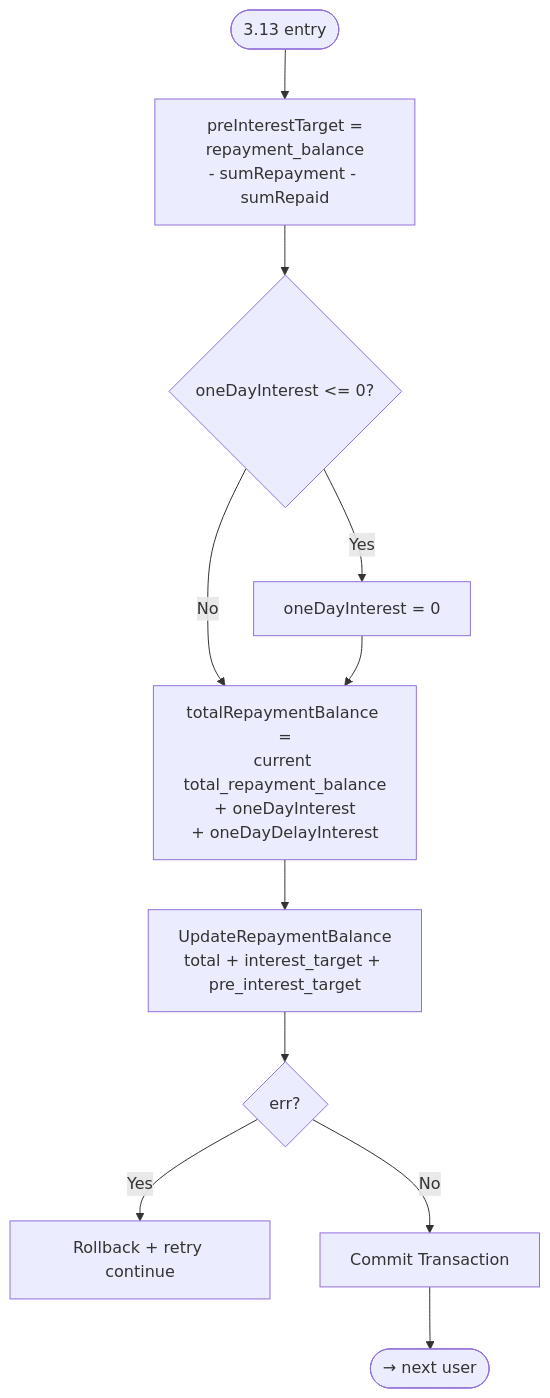
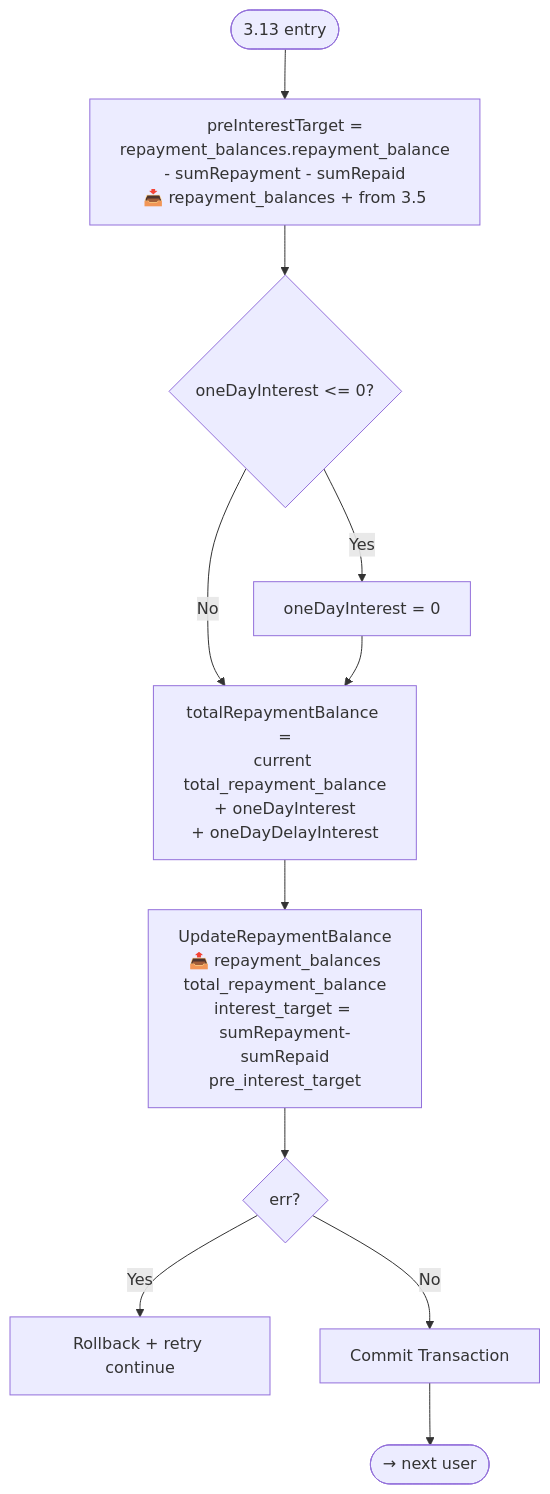
The eighth of 12 diagrams in README.md (tungvv318/git-talk), drawn with Mermaid before and after one commit. The commit also changed other lines of this file, not shown here.

````diff
--- a/README.md
+++ b/README.md
@@ -179,13 +183,13 @@
 ```mermaid
 flowchart TD
-    Start([3.13 entry]) --> Calc[preInterestTarget =<br/>repayment_balance<br/>- sumRepayment - sumRepaid]
+    Start([3.13 entry]) --> Calc[preInterestTarget =<br/>repayment_balances.repayment_balance<br/>- sumRepayment - sumRepaid<br/>📥 repayment_balances + from 3.5]
     Calc --> Clamp{oneDayInterest <= 0?}
     Clamp -- Yes --> ZeroInt[oneDayInterest = 0]
     Clamp -- No --> Total
     ZeroInt --> Total[totalRepaymentBalance =<br/>current total_repayment_balance<br/>+ oneDayInterest<br/>+ oneDayDelayInterest]
-    Total --> Update[UpdateRepaymentBalance<br/>total + interest_target + pre_interest_target]
+    Total --> Update[UpdateRepaymentBalance<br/>📤 repayment_balances<br/>total_repayment_balance<br/>interest_target = sumRepayment-sumRepaid<br/>pre_interest_target]
     Update --> Err{err?}
     Err -- Yes --> Rollback[Rollback + retry continue]
     Err -- No --> Commit[Commit Transaction]
     Commit --> Loop([→ next user])
 ```
````
